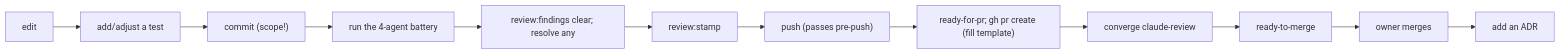
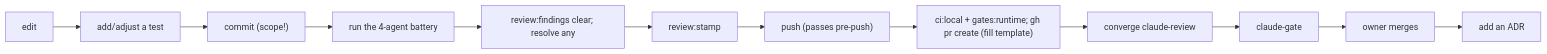
Before and after one commit to erikunha/portfolio: the diagram in docs/handbook/onboarding.md, drawn with Mermaid. The commit also changed 24 other files, not shown here.

First line of the commit message:
chore(harness): delete the bespoke PR-gate wrappers and the mermaid syntax check

````diff
--- a/docs/handbook/onboarding.md
+++ b/docs/handbook/onboarding.md
@@ -26,9 +26,9 @@
 ```mermaid
 flowchart LR
     edit["edit"] --> tdd["add/adjust a test"] --> commit["commit (scope!)"]
     commit --> battery["run the 4-agent battery"] --> ledger["review:findings clear; resolve any"]
     ledger --> stamp["review:stamp"] --> push["push (passes pre-push)"]
-    push --> pr["ready-for-pr; gh pr create (fill template)"]
-    pr --> conv["converge claude-review"] --> ready["ready-to-merge"] --> owner["owner merges"]
+    push --> pr["ci:local + gates:runtime; gh pr create (fill template)"]
+    pr --> conv["converge claude-review"] --> ready["claude-gate"] --> owner["owner merges"]
     owner --> adr["add an ADR"]
 ```
````
